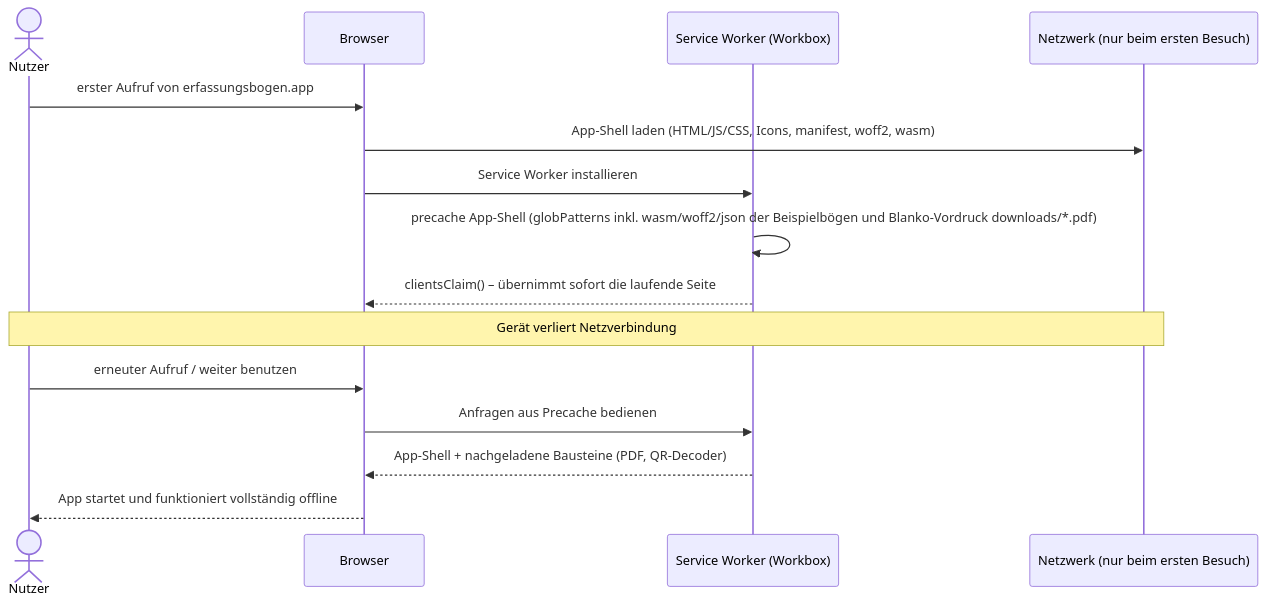
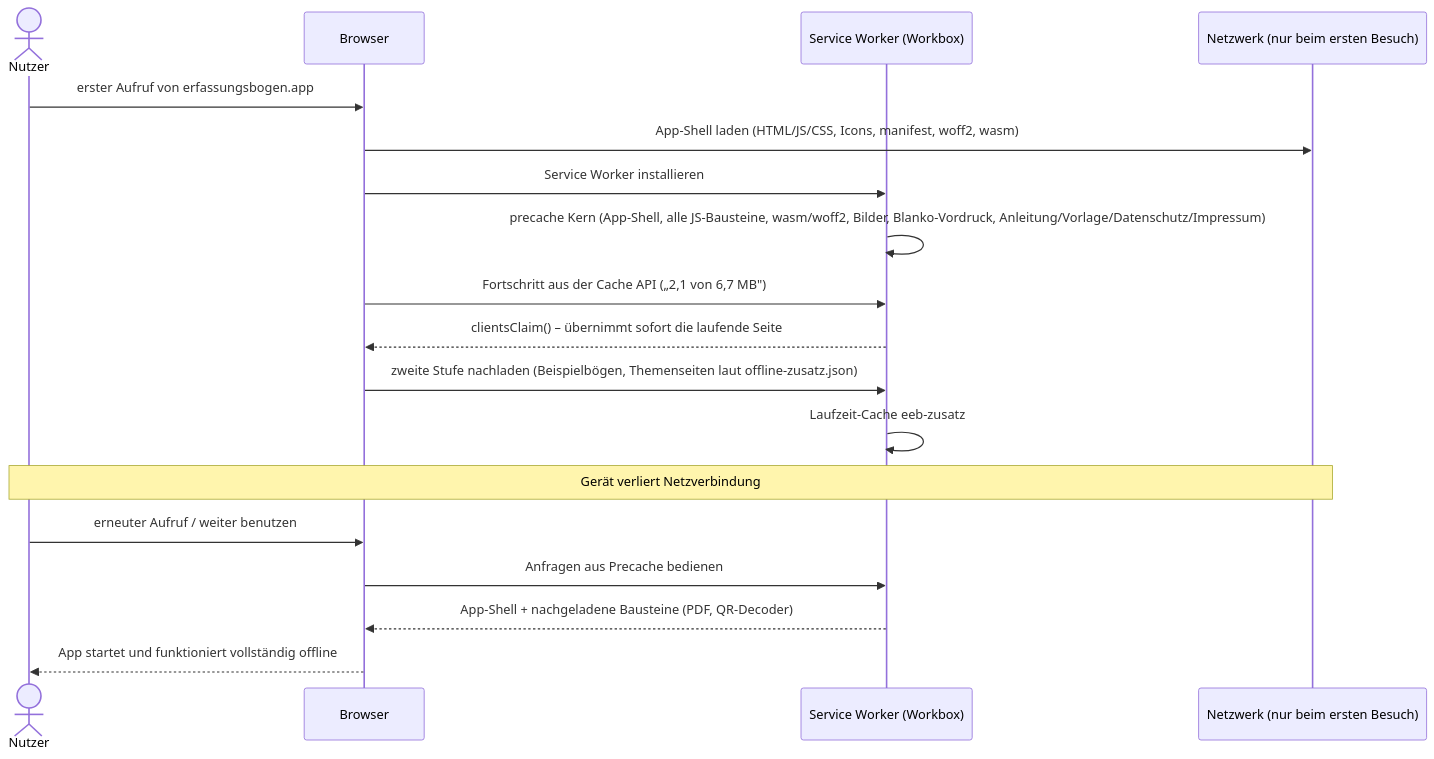
One commit to wattnpapa/erfassungsbogen changed the eighth of 12 diagrams in docs/arc42-architektur.md. Above: the diagram before and after it, drawn with Mermaid. The commit also changed other lines of this file and 8 other files, not shown here.

````diff
--- a/docs/arc42-architektur.md
+++ b/docs/arc42-architektur.md
@@ -873,18 +873,21 @@
 ```mermaid
 sequenceDiagram
   actor Nutzer
   participant Browser
   participant SW as Service Worker (Workbox)
   participant Netz as Netzwerk (nur beim ersten Besuch)
 
   Nutzer->>Browser: erster Aufruf von erfassungsbogen.app
   Browser->>Netz: App-Shell laden (HTML/JS/CSS, Icons, manifest, woff2, wasm)
   Browser->>SW: Service Worker installieren
-  SW->>SW: precache App-Shell (globPatterns inkl. wasm/woff2/json der Beispielbögen und Blanko-Vordruck downloads/*.pdf)
+  SW->>SW: precache Kern (App-Shell, alle JS-Bausteine, wasm/woff2, Bilder, Blanko-Vordruck, Anleitung/Vorlage/Datenschutz/Impressum)
+  Browser->>SW: Fortschritt aus der Cache API („2,1 von 6,7 MB")
   SW-->>Browser: clientsClaim() – übernimmt sofort die laufende Seite
+  Browser->>SW: zweite Stufe nachladen (Beispielbögen, Themenseiten laut offline-zusatz.json)
+  SW->>SW: Laufzeit-Cache eeb-zusatz
   Note over Nutzer,Netz: Gerät verliert Netzverbindung
   Nutzer->>Browser: erneuter Aufruf / weiter benutzen
   Browser->>SW: Anfragen aus Precache bedienen
   SW-->>Browser: App-Shell + nachgeladene Bausteine (PDF, QR-Decoder)
   Browser-->>Nutzer: App startet und funktioniert vollständig offline
 ```
````
